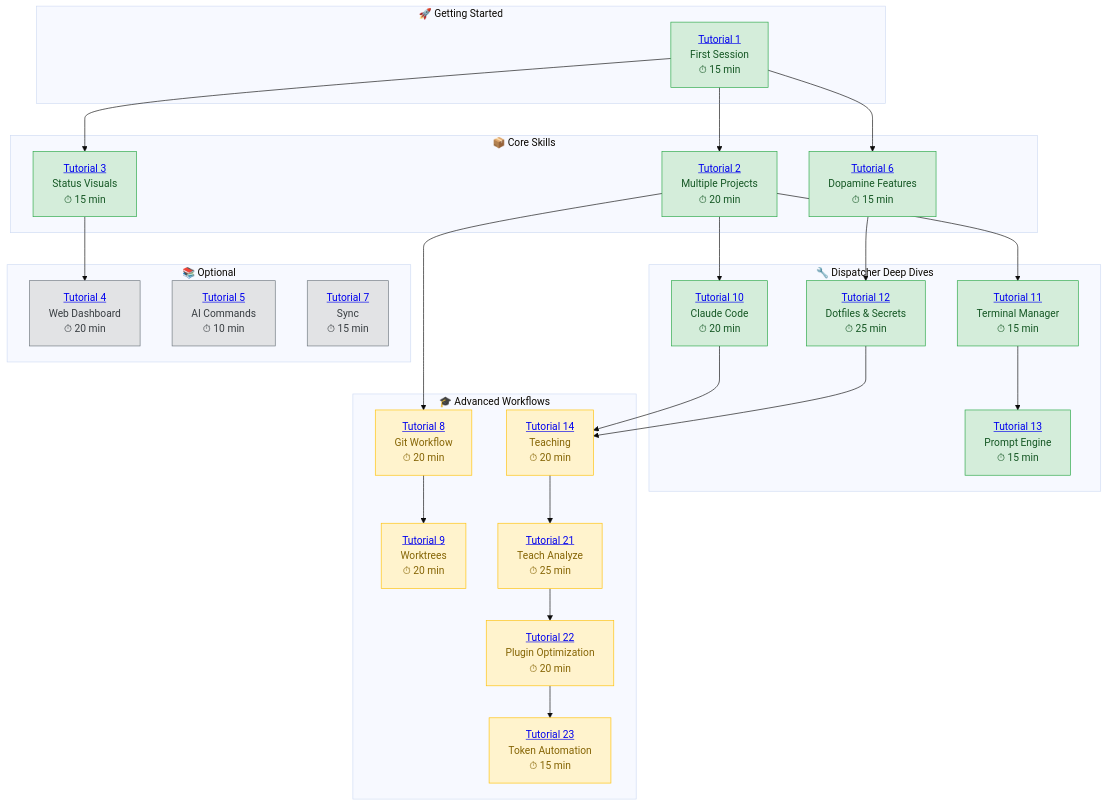
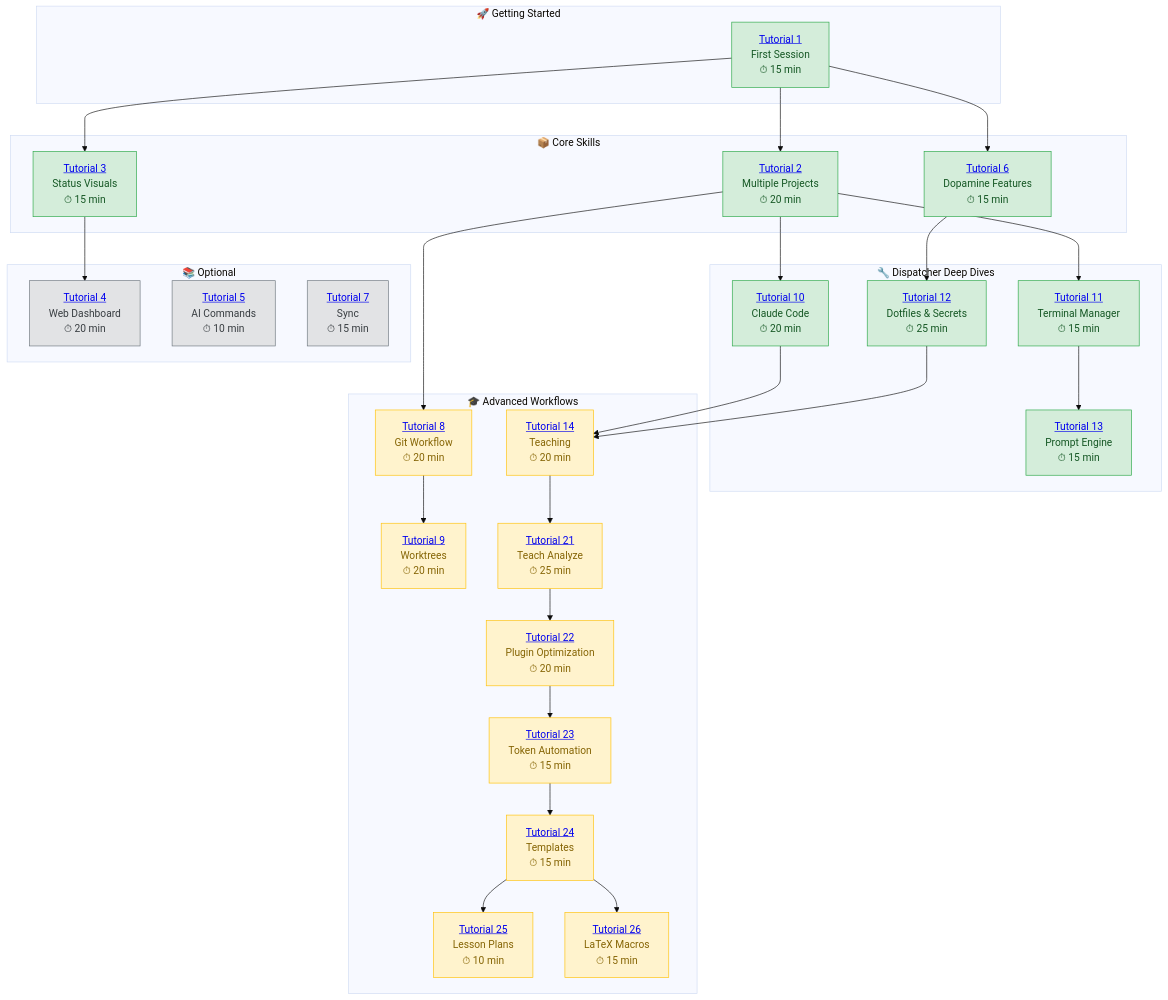
The diagram in docs/tutorials/index.md (Data-Wise/flow-cli), drawn with Mermaid (base theme) before and after one commit. The commit also changed other lines of this file and 4 other files, not shown here.

First line of the commit message:
docs: add Tutorial 26 for LaTeX macros and fix documentation

````diff
--- a/docs/tutorials/index.md
+++ b/docs/tutorials/index.md
@@ -13,64 +13,70 @@
 ```mermaid
 flowchart TD
     subgraph START["🚀 Getting Started"]
         T1["<a href='01-first-session/'>Tutorial 1</a><br/>First Session<br/>⏱ 15 min"]
     end
 
     subgraph CORE["📦 Core Skills"]
         T2["<a href='02-multiple-projects/'>Tutorial 2</a><br/>Multiple Projects<br/>⏱ 20 min"]
         T3["<a href='03-status-visualizations/'>Tutorial 3</a><br/>Status Visuals<br/>⏱ 15 min"]
         T6["<a href='06-dopamine-features/'>Tutorial 6</a><br/>Dopamine Features<br/>⏱ 15 min"]
     end
 
     subgraph TOOLS["🔧 Dispatcher Deep Dives"]
         T10["<a href='10-cc-dispatcher/'>Tutorial 10</a><br/>Claude Code<br/>⏱ 20 min"]
         T11["<a href='11-tm-dispatcher/'>Tutorial 11</a><br/>Terminal Manager<br/>⏱ 15 min"]
         T12["<a href='12-dot-dispatcher/'>Tutorial 12</a><br/>Dotfiles & Secrets<br/>⏱ 25 min"]
         T13["<a href='13-prompt-dispatcher/'>Tutorial 13</a><br/>Prompt Engine<br/>⏱ 15 min"]
     end
 
     subgraph ADVANCED["🎓 Advanced Workflows"]
         T8["<a href='08-git-feature-workflow/'>Tutorial 8</a><br/>Git Workflow<br/>⏱ 20 min"]
         T9["<a href='09-worktrees/'>Tutorial 9</a><br/>Worktrees<br/>⏱ 20 min"]
         T14["<a href='14-teach-dispatcher/'>Tutorial 14</a><br/>Teaching<br/>⏱ 20 min"]
         T21["<a href='21-teach-analyze/'>Tutorial 21</a><br/>Teach Analyze<br/>⏱ 25 min"]
         T22["<a href='22-plugin-optimization/'>Tutorial 22</a><br/>Plugin Optimization<br/>⏱ 20 min"]
         T23["<a href='23-token-automation/'>Tutorial 23</a><br/>Token Automation<br/>⏱ 15 min"]
+        T24["<a href='24-template-management/'>Tutorial 24</a><br/>Templates<br/>⏱ 15 min"]
+        T25["<a href='25-lesson-plan-migration/'>Tutorial 25</a><br/>Lesson Plans<br/>⏱ 10 min"]
+        T26["<a href='26-latex-macros/'>Tutorial 26</a><br/>LaTeX Macros<br/>⏱ 15 min"]
     end
 
     subgraph OPTIONAL["📚 Optional"]
         T4["<a href='04-web-dashboard/'>Tutorial 4</a><br/>Web Dashboard<br/>⏱ 20 min"]
         T5["<a href='05-ai-commands/'>Tutorial 5</a><br/>AI Commands<br/>⏱ 10 min"]
         T7["<a href='07-sync-command/'>Tutorial 7</a><br/>Sync<br/>⏱ 15 min"]
     end
 
     T1 --> T2
     T1 --> T3
     T1 --> T6
 
     T2 --> T8
     T2 --> T10
     T2 --> T11
 
     T3 --> T4
 
     T6 --> T12
 
     T8 --> T9
 
     T10 --> T14
     T12 --> T14
     T14 --> T21
     T21 --> T22
     T22 --> T23
+    T23 --> T24
+    T24 --> T25
+    T24 --> T26
 
     T11 --> T13
 
     classDef beginner fill:#d4edda,stroke:#28a745,color:#155724
     classDef intermediate fill:#fff3cd,stroke:#ffc107,color:#856404
     classDef optional fill:#e2e3e5,stroke:#6c757d,color:#383d41
 
     class T1,T2,T3,T6,T10,T11,T12,T13 beginner
-    class T8,T9,T14,T21,T22,T23 intermediate
+    class T8,T9,T14,T21,T22,T23,T24,T25,T26 intermediate
     class T4,T5,T7 optional
 ```
````
